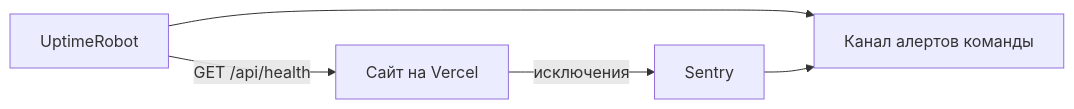
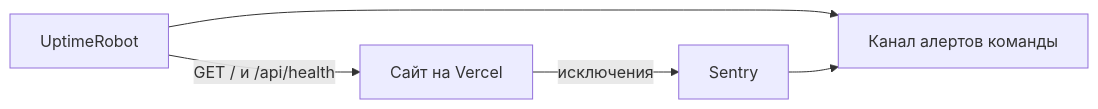
Before and after one commit to neojelll/codenzo-test-task: the second of 2 diagrams in README.md, drawn with Mermaid. The commit also changed other lines of this file, not shown here.

Commit message:
docs: monitor both home page and health endpoint (#6)

````diff
--- a/README.md
+++ b/README.md
@@ -64,7 +64,7 @@
 ```mermaid
 flowchart LR
-    U[UptimeRobot] -->|GET /api/health| APP[Сайт на Vercel]
+    U[UptimeRobot] -->|GET / и /api/health| APP[Сайт на Vercel]
     APP -->|исключения| SE[Sentry]
     U --> A[Канал алертов команды]
     SE --> A
 ```
````
